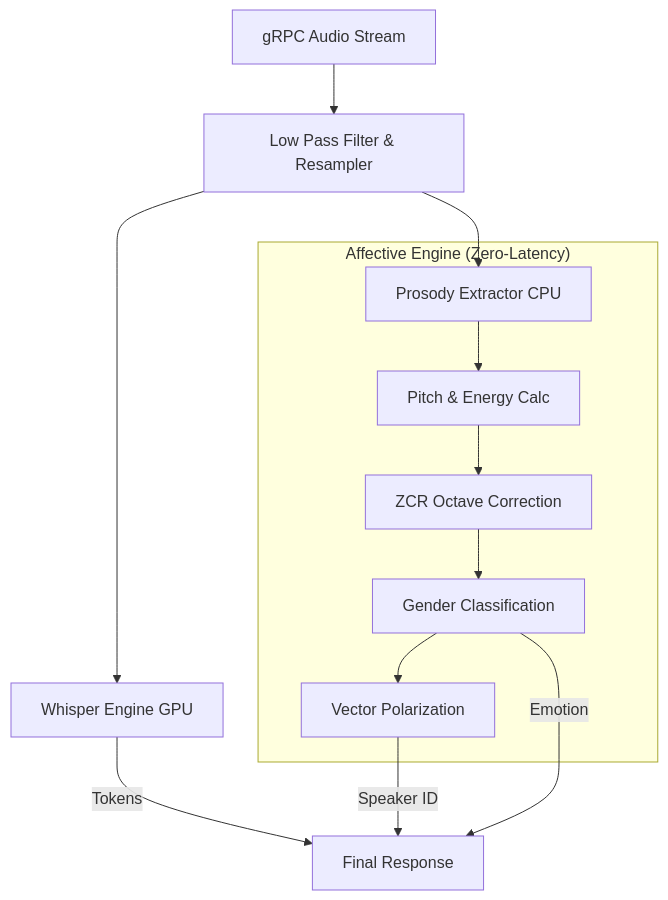
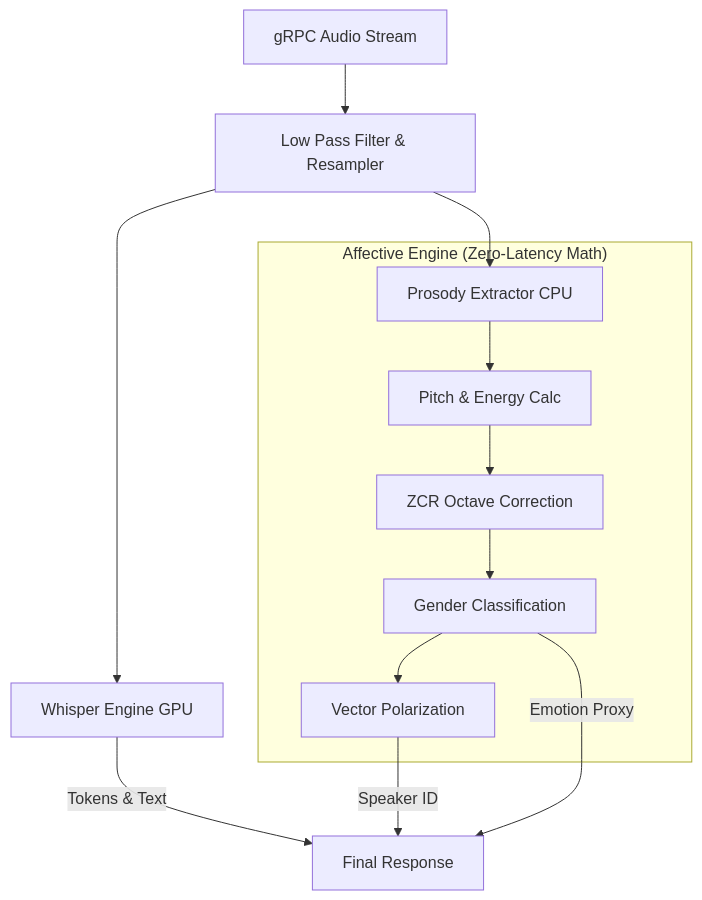
One commit to sentiric/sentiric-stt-whisper-service changed the diagram in LOGIC.md. Above: the diagram before and after it, drawn with Mermaid. The commit also changed other lines of this file, not shown here.

Commit message:
docs(logic): add rich domain logic and mermaid diagrams to core services [ARCH-COMPLIANCE]

````diff
--- a/LOGIC.md
+++ b/LOGIC.md
@@ -6,17 +6,17 @@
 ```mermaid
 graph TD
     Input[gRPC Audio Stream] --> Filter[Low Pass Filter & Resampler]
     Filter --> Whisper[Whisper Engine GPU]
     Filter --> DSP[Prosody Extractor CPU]
     
-    subgraph "Affective Engine (Zero-Latency)"
+    subgraph "Affective Engine (Zero-Latency Math)"
         DSP --> Math[Pitch & Energy Calc]
         Math --> ZCR[ZCR Octave Correction]
         ZCR --> Gender[Gender Classification]
         Gender --> Vector[Vector Polarization]
     end
     
-    Whisper -->|Tokens| JSON[Final Response]
+    Whisper -->|Tokens & Text| JSON[Final Response]
     Vector -->|Speaker ID| JSON
-    Gender -->|Emotion| JSON
+    Gender -->|Emotion Proxy| JSON
 ```
````
